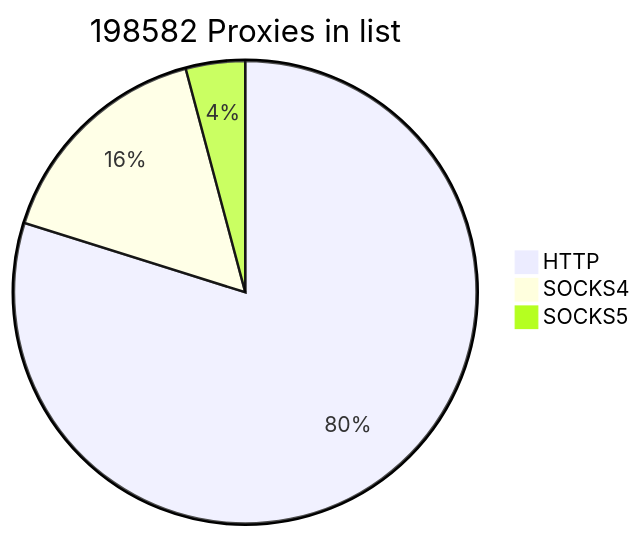
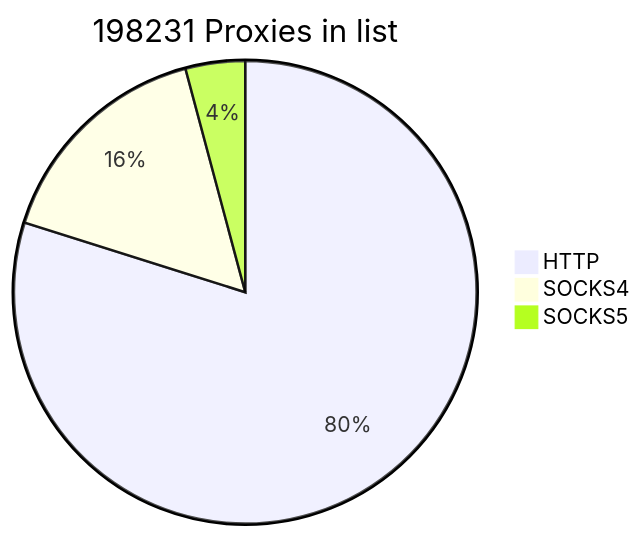
The first of 2 diagrams in README.md (cutipu/proxylist), drawn with Mermaid before and after one commit. The commit also changed other lines of this file, not shown here.

````diff
--- a/README.md
+++ b/README.md
@@ -2,7 +2,7 @@
 ```mermaid
-pie title 198582 Proxies in list
-    "HTTP" : 158555
-    "SOCKS4" : 31799
-    "SOCKS5" : 8228
+pie title 198231 Proxies in list
+    "HTTP" : 158318
+    "SOCKS4" : 31666
+    "SOCKS5" : 8247
             
 ```
````
